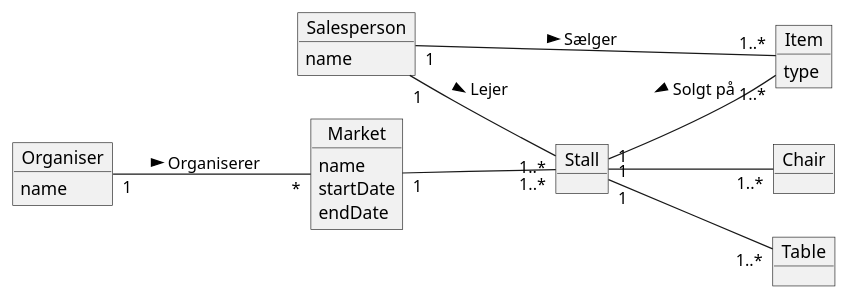
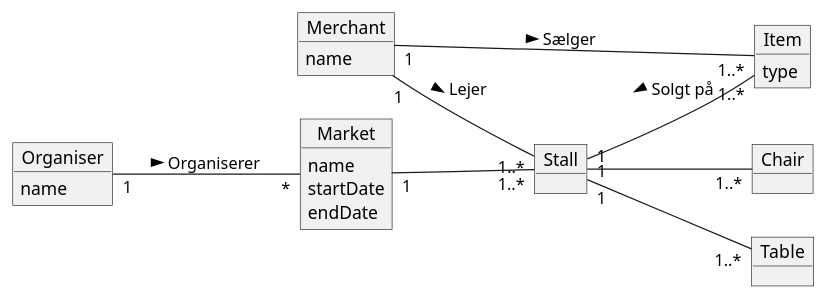
The diagram in docs/analsyis-domain.plantuml (JeppeTrip/LoppePortalen), drawn with PlantUML before and after one commit. The commit also changed 2 other files, not shown here.

```diff
--- a/docs/analsyis-domain.plantuml
+++ b/docs/analsyis-domain.plantuml
@@ -1,42 +1,42 @@
 @startuml
 left to right direction
 skinparam ObjectFontSize 16
 skinparam ObjectAttributeFontSize 14
 object Organiser {
     name
 }
 
-object Salesperson {
+object Merchant {
     name
 }
 
 object Stall {
 
 }
 
 object Market {
     name 
     startDate
     endDate
 }
 
 object Item {
     type
 }
 
 object Chair {
 
 }
 
 object Table {
 
 }
 
 Organiser "1"--"*"  Market : Organiserer >
 Market "1" -- "1..*" Stall
-Salesperson "1" -- "1..*" Stall : Lejer >
-Salesperson "1" -- "1..*" Item : Sælger >
+Merchant "1" -- "1..*" Stall : Lejer >
+Merchant "1" -- "1..*" Item : Sælger >
 Stall "1" -- "1..*" Chair 
 Stall "1" -- "1..*" Table
 Stall "1" -- "1..*" Item : Solgt på <
 @enduml
```
